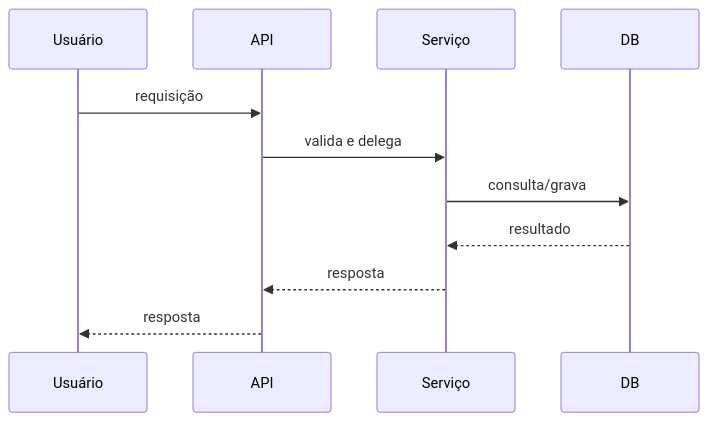
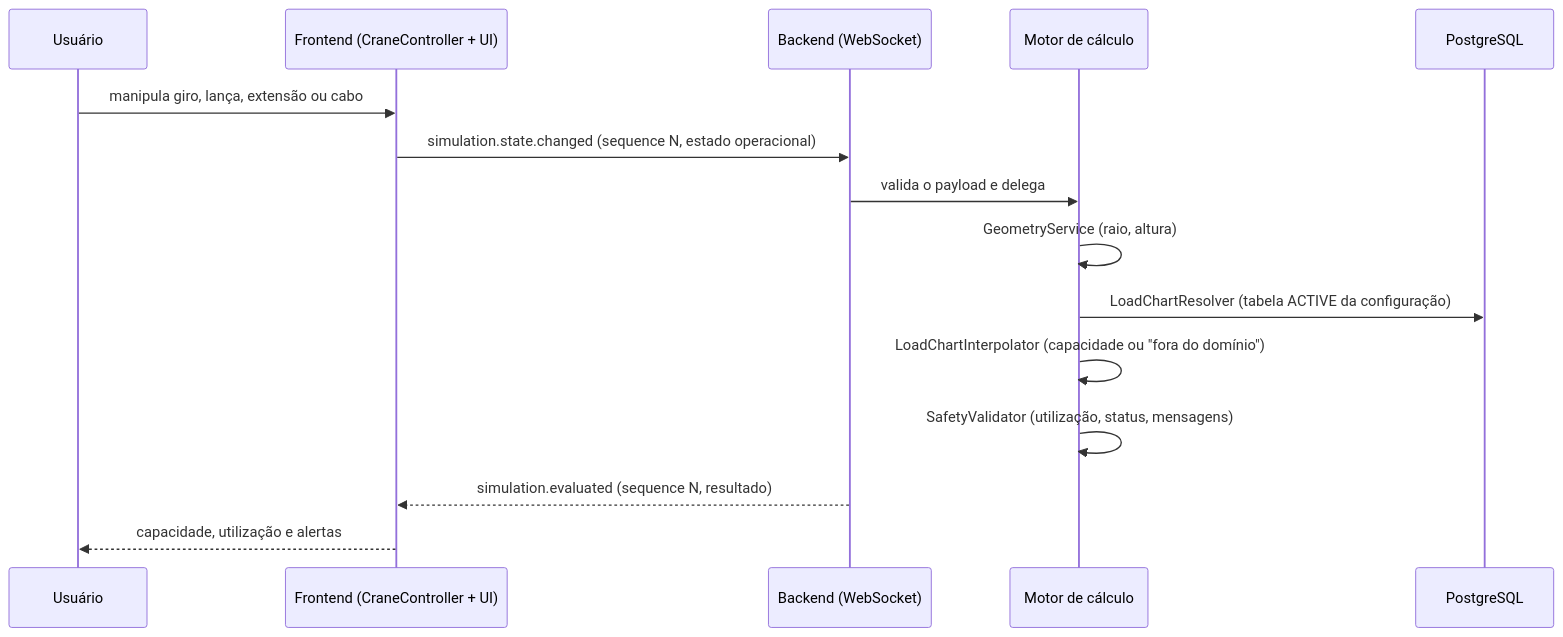
Before and after one commit to Umaiii-chan/JA-Guindastes: the diagram in docs/architecture.md, drawn with Mermaid. The commit also changed other lines of this file and 9 other files, not shown here.

````diff
--- a/docs/architecture.md
+++ b/docs/architecture.md
@@ -65,13 +83,17 @@
 ```mermaid
 sequenceDiagram
     participant U as Usuário
-    participant API
-    participant S as Serviço
-    participant DB
-    U->>API: requisição
-    API->>S: valida e delega
-    S->>DB: consulta/grava
-    DB-->>S: resultado
-    S-->>API: resposta
-    API-->>U: resposta
+    participant F as Frontend (CraneController + UI)
+    participant WS as Backend (WebSocket)
+    participant M as Motor de cálculo
+    participant DB as PostgreSQL
+    U->>F: manipula giro, lança, extensão ou cabo
+    F->>WS: simulation.state.changed (sequence N, estado operacional)
+    WS->>M: valida o payload e delega
+    M->>M: GeometryService (raio, altura)
+    M->>DB: LoadChartResolver (tabela ACTIVE da configuração)
+    M->>M: LoadChartInterpolator (capacidade ou "fora do domínio")
+    M->>M: SafetyValidator (utilização, status, mensagens)
+    WS-->>F: simulation.evaluated (sequence N, resultado)
+    F-->>U: capacidade, utilização e alertas
 ```
````
